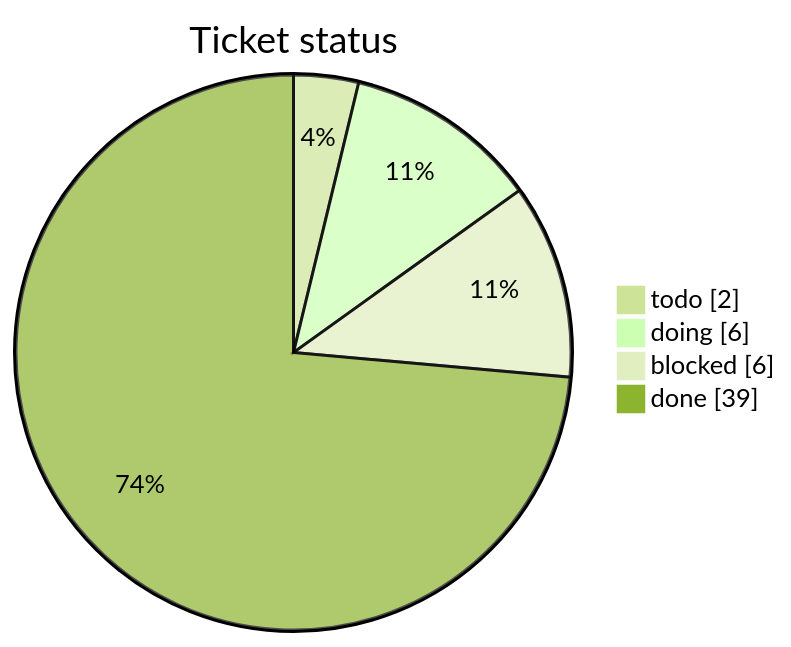
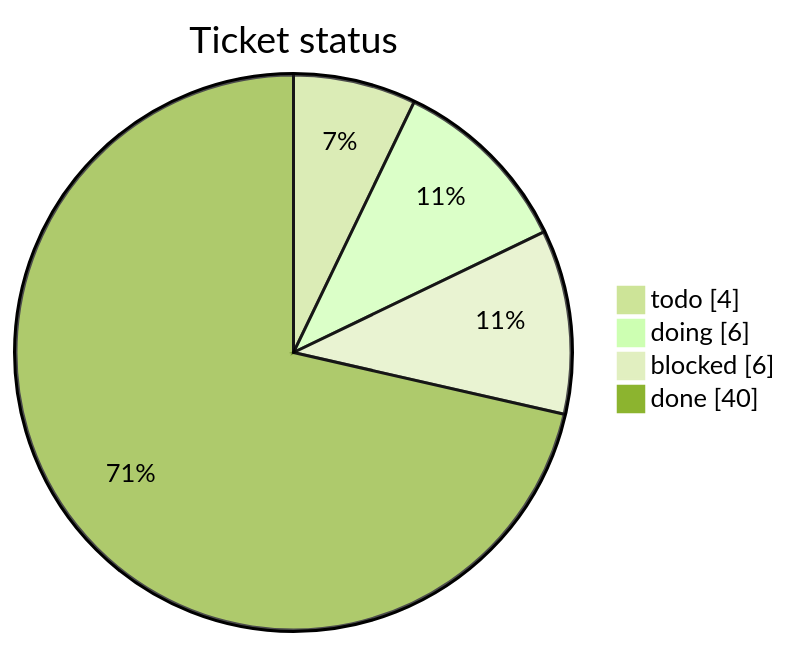
Before and after one commit to mohamed-soubhi/bootlab-esp: the first of 3 diagrams in tickets/TICKETS.md, drawn with Mermaid (forest theme). The commit also changed other lines of this file and 3 other files, not shown here.

````diff
--- a/tickets/TICKETS.md
+++ b/tickets/TICKETS.md
@@ -14,7 +14,7 @@
 ```mermaid
 pie showData title Ticket status
-    "todo" : 2
+    "todo" : 4
     "doing" : 6
     "blocked" : 6
-    "done" : 39
+    "done" : 40
 ```
````
